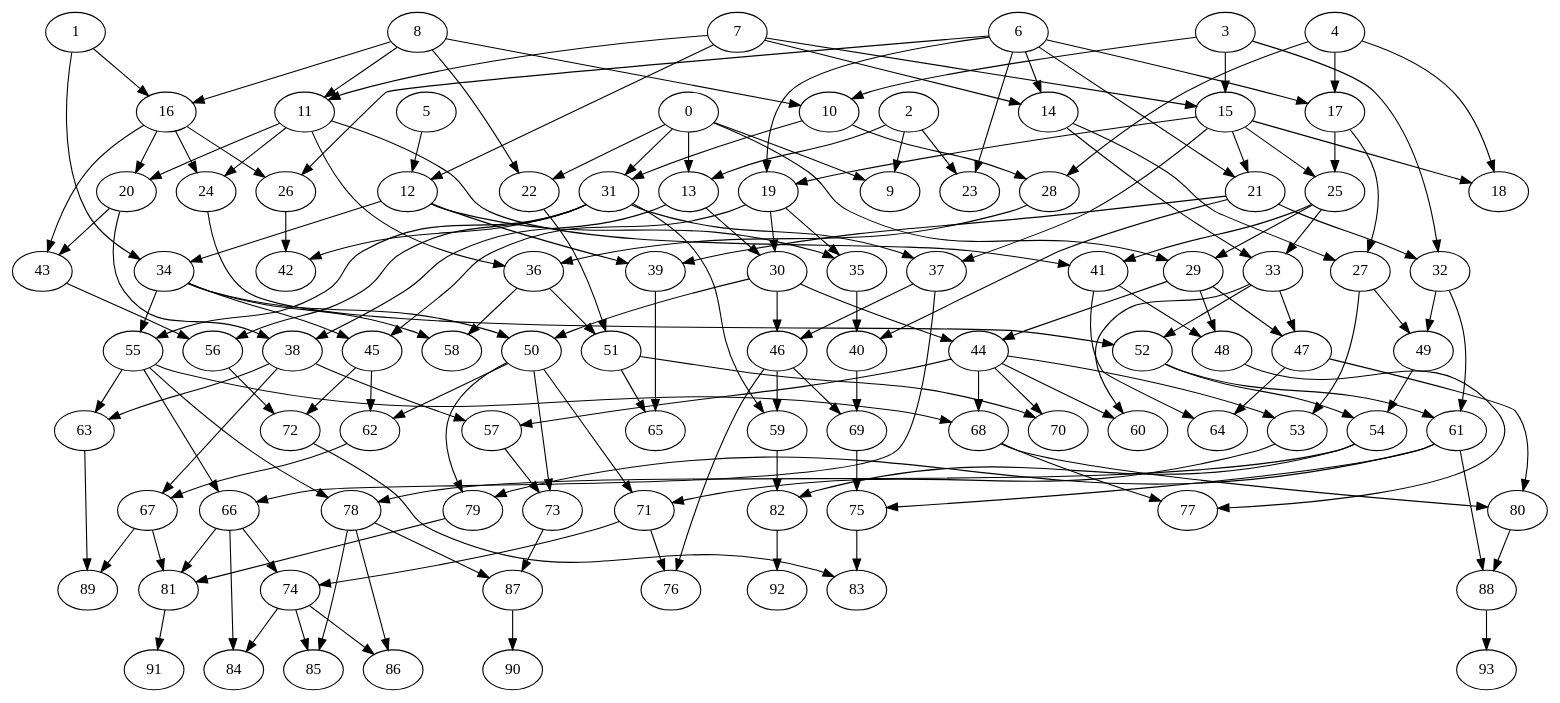
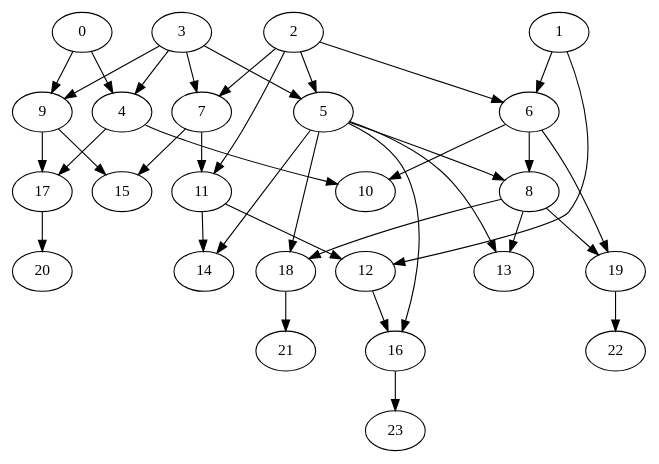
One commit to Ajax12345/protestGP changed the diagram in test.dot. Above: the diagram before and after it, drawn with Graphviz. The commit also changed 13 other files, not shown here.

```diff
--- a/test.dot
+++ b/test.dot
@@ -1,263 +1,62 @@
 strict digraph "" {
 	0	[layer=1];
+	4	[layer=2];
+	0 -> 4;
 	9	[layer=2];
 	0 -> 9;
-	13	[layer=2];
-	0 -> 13;
-	22	[layer=2];
-	0 -> 22;
-	31	[layer=3];
-	0 -> 31;
-	29	[layer=4];
-	0 -> 29;
 	1	[layer=1];
-	16	[layer=2];
-	1 -> 16;
-	34	[layer=3];
-	1 -> 34;
+	6	[layer=2];
+	1 -> 6;
+	12	[layer=4];
+	1 -> 12;
 	2	[layer=1];
-	2 -> 9;
-	2 -> 13;
-	23	[layer=2];
-	2 -> 23;
+	5	[layer=2];
+	2 -> 5;
+	2 -> 6;
+	7	[layer=2];
+	2 -> 7;
+	11	[layer=3];
+	2 -> 11;
 	3	[layer=1];
-	10	[layer=2];
-	3 -> 10;
-	15	[layer=2];
-	3 -> 15;
-	32	[layer=4];
-	3 -> 32;
-	4	[layer=1];
-	17	[layer=2];
+	3 -> 4;
+	3 -> 5;
+	3 -> 7;
+	3 -> 9;
+	10	[layer=3];
+	4 -> 10;
+	17	[layer=3];
 	4 -> 17;
-	18	[layer=3];
-	4 -> 18;
-	28	[layer=3];
-	4 -> 28;
-	5	[layer=1];
-	12	[layer=2];
-	5 -> 12;
-	6	[layer=1];
-	14	[layer=2];
-	6 -> 14;
-	6 -> 17;
-	6 -> 23;
-	19	[layer=3];
+	8	[layer=3];
+	5 -> 8;
+	13	[layer=4];
+	5 -> 13;
+	14	[layer=4];
+	5 -> 14;
+	18	[layer=4];
+	5 -> 18;
+	16	[layer=5];
+	5 -> 16;
+	6 -> 8;
+	6 -> 10;
+	19	[layer=4];
 	6 -> 19;
-	21	[layer=3];
-	6 -> 21;
-	26	[layer=3];
-	6 -> 26;
-	7	[layer=1];
-	11	[layer=2];
 	7 -> 11;
-	7 -> 12;
-	7 -> 14;
+	15	[layer=3];
 	7 -> 15;
-	8	[layer=1];
-	8 -> 10;
-	8 -> 11;
-	8 -> 16;
-	8 -> 22;
-	10 -> 28;
-	10 -> 31;
-	20	[layer=3];
-	11 -> 20;
-	24	[layer=3];
-	11 -> 24;
-	36	[layer=4];
-	11 -> 36;
-	41	[layer=4];
-	11 -> 41;
-	12 -> 34;
-	35	[layer=4];
-	12 -> 35;
-	39	[layer=4];
-	12 -> 39;
-	30	[layer=4];
-	13 -> 30;
-	38	[layer=4];
-	13 -> 38;
-	27	[layer=3];
-	14 -> 27;
-	33	[layer=4];
-	14 -> 33;
-	15 -> 18;
-	15 -> 19;
-	15 -> 21;
-	25	[layer=3];
-	15 -> 25;
-	37	[layer=4];
-	15 -> 37;
-	16 -> 20;
-	16 -> 24;
-	16 -> 26;
-	43	[layer=4];
-	16 -> 43;
-	17 -> 25;
-	17 -> 27;
-	51	[layer=5];
-	22 -> 51;
-	19 -> 30;
-	19 -> 35;
-	45	[layer=4];
-	19 -> 45;
-	20 -> 38;
-	20 -> 43;
-	21 -> 32;
-	21 -> 39;
-	40	[layer=5];
-	21 -> 40;
-	52	[layer=5];
-	24 -> 52;
-	25 -> 29;
-	25 -> 33;
-	25 -> 41;
-	42	[layer=4];
-	26 -> 42;
-	49	[layer=5];
-	27 -> 49;
-	53	[layer=6];
-	27 -> 53;
-	28 -> 36;
-	31 -> 37;
-	31 -> 42;
-	55	[layer=4];
-	31 -> 55;
-	56	[layer=5];
-	31 -> 56;
-	59	[layer=6];
-	31 -> 59;
-	34 -> 45;
-	34 -> 55;
-	50	[layer=5];
-	34 -> 50;
-	58	[layer=5];
-	34 -> 58;
-	44	[layer=5];
-	29 -> 44;
-	47	[layer=5];
-	29 -> 47;
-	48	[layer=5];
-	29 -> 48;
-	30 -> 44;
-	46	[layer=5];
-	30 -> 46;
-	30 -> 50;
-	32 -> 49;
-	61	[layer=6];
-	32 -> 61;
-	33 -> 47;
-	33 -> 52;
-	60	[layer=6];
-	33 -> 60;
-	35 -> 40;
-	36 -> 51;
-	36 -> 58;
-	37 -> 46;
-	66	[layer=5];
-	37 -> 66;
-	63	[layer=5];
-	38 -> 63;
-	57	[layer=6];
-	38 -> 57;
-	67	[layer=7];
-	38 -> 67;
-	65	[layer=6];
-	39 -> 65;
-	41 -> 48;
-	64	[layer=6];
-	41 -> 64;
-	43 -> 56;
-	62	[layer=6];
-	45 -> 62;
-	72	[layer=6];
-	45 -> 72;
-	55 -> 63;
-	55 -> 66;
-	68	[layer=6];
-	55 -> 68;
-	78	[layer=7];
-	55 -> 78;
-	69	[layer=6];
-	40 -> 69;
-	44 -> 53;
-	44 -> 57;
-	44 -> 60;
-	44 -> 68;
-	70	[layer=6];
-	44 -> 70;
-	46 -> 59;
-	46 -> 69;
-	76	[layer=8];
-	46 -> 76;
-	47 -> 64;
-	80	[layer=7];
-	47 -> 80;
-	77	[layer=7];
-	48 -> 77;
-	54	[layer=6];
-	49 -> 54;
-	50 -> 62;
-	71	[layer=7];
-	50 -> 71;
-	73	[layer=7];
-	50 -> 73;
-	79	[layer=7];
-	50 -> 79;
-	51 -> 65;
-	51 -> 70;
-	52 -> 54;
-	52 -> 61;
-	56 -> 72;
-	89	[layer=8];
-	63 -> 89;
-	74	[layer=8];
-	66 -> 74;
-	81	[layer=8];
-	66 -> 81;
-	84	[layer=9];
-	66 -> 84;
-	53 -> 71;
-	54 -> 78;
-	82	[layer=7];
-	54 -> 82;
-	57 -> 73;
-	59 -> 82;
-	75	[layer=7];
-	61 -> 75;
-	61 -> 79;
-	88	[layer=8];
-	61 -> 88;
-	62 -> 67;
-	68 -> 77;
-	68 -> 80;
-	69 -> 75;
-	83	[layer=8];
-	72 -> 83;
-	67 -> 81;
-	67 -> 89;
-	71 -> 74;
-	71 -> 76;
-	87	[layer=8];
-	73 -> 87;
-	75 -> 83;
-	78 -> 87;
-	85	[layer=9];
-	78 -> 85;
-	86	[layer=9];
-	78 -> 86;
-	79 -> 81;
-	80 -> 88;
-	92	[layer=10];
-	82 -> 92;
-	74 -> 84;
-	74 -> 85;
-	74 -> 86;
-	91	[layer=10];
-	81 -> 91;
-	90	[layer=10];
-	87 -> 90;
-	93	[layer=10];
-	88 -> 93;
+	9 -> 15;
+	9 -> 17;
+	8 -> 13;
+	8 -> 18;
+	8 -> 19;
+	11 -> 12;
+	11 -> 14;
+	20	[layer=6];
+	17 -> 20;
+	12 -> 16;
+	21	[layer=6];
+	18 -> 21;
+	22	[layer=6];
+	19 -> 22;
+	23	[layer=6];
+	16 -> 23;
 }
```
